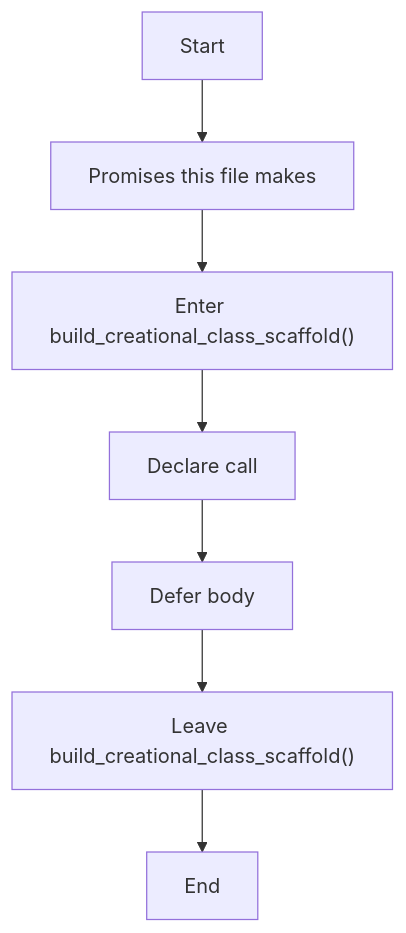
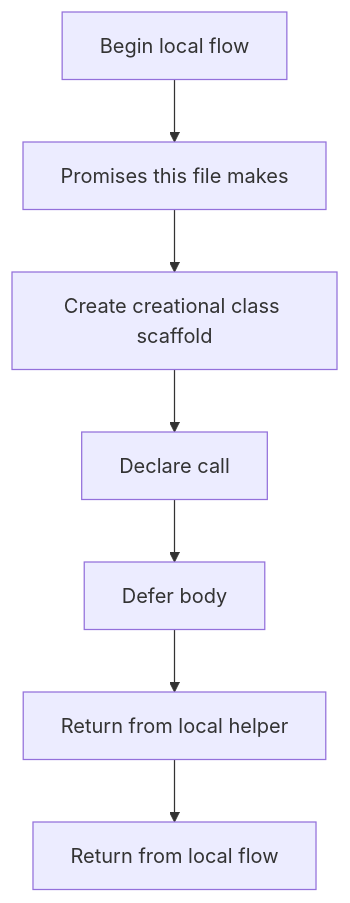
The first of 2 diagrams in docs/Codebase/Microservice/Modules/Header/SyntacticBrokenAST/Analysis/Patterns/Creational/Scaffold/core.hpp.md (JohnAndrewBalbarosa/NeoTerritory), drawn with Mermaid before and after one commit. The commit also changed other lines of this file and 925 other files, not shown here.

````diff
--- a/docs/Codebase/Microservice/Modules/Header/SyntacticBrokenAST/Analysis/Patterns/Creational/Scaffold/core.hpp.md
+++ b/docs/Codebase/Microservice/Modules/Header/SyntacticBrokenAST/Analysis/Patterns/Creational/Scaffold/core.hpp.md
@@ -22,16 +21,16 @@
 ```mermaid
 flowchart TD
-    Start["Start"]
+    Start["Begin local flow"]
     N0["Promises this file makes"]
-    N1["Enter build_creational_class_scaffold()"]
+    N1["Create creational class scaffold"]
     N2["Declare call"]
     N3["Defer body"]
-    N4["Leave build_creational_class_scaffold()"]
-    End["End"]
+    N4["Return from local helper"]
+    End["Return from local flow"]
     Start --> N0
     N0 --> N1
     N1 --> N2
     N2 --> N3
     N3 --> N4
     N4 --> End
 ```
````
